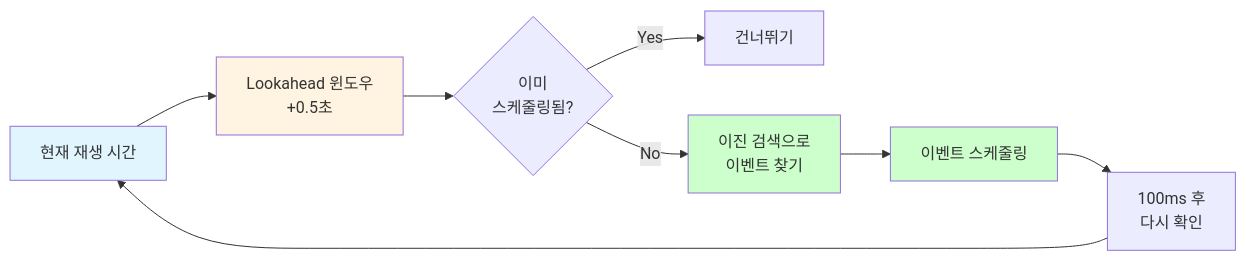
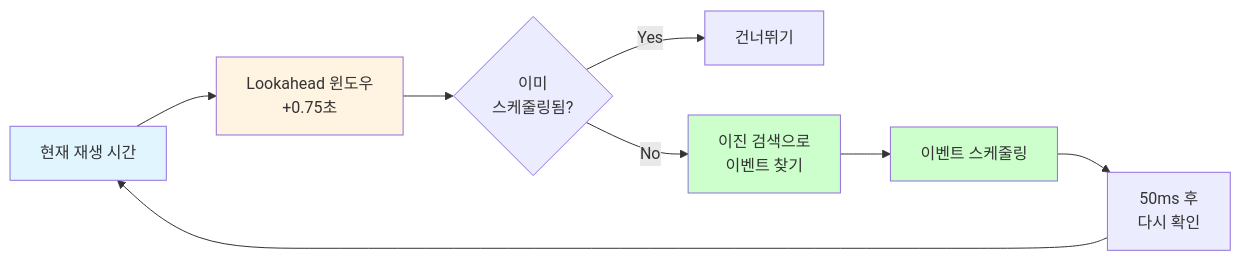
One commit to JaceDashS/online-sequencer changed the second of 3 diagrams in docs/architecture/optimization-design/implementation-level/lookahead-scheduling.ko.md. Above: the diagram before and after it, drawn with Mermaid. The commit also changed other lines of this file and 4 other files, not shown here.

````diff
--- a/docs/architecture/optimization-design/implementation-level/lookahead-scheduling.ko.md
+++ b/docs/architecture/optimization-design/implementation-level/lookahead-scheduling.ko.md
@@ -61,15 +61,15 @@
 ```mermaid
 graph LR
-    A[현재 재생 시간] --> B[Lookahead 윈도우<br/>+0.5초]
+    A[현재 재생 시간] --> B[Lookahead 윈도우<br/>+0.75초]
     B --> C{이미<br/>스케줄링됨?}
     C -->|Yes| D[건너뛰기]
     C -->|No| E[이진 검색으로<br/>이벤트 찾기]
     E --> F[이벤트 스케줄링]
-    F --> G[100ms 후<br/>다시 확인]
+    F --> G[50ms 후<br/>다시 확인]
     G --> A
     
     style A fill:#e1f5ff
     style B fill:#fff4e1
     style E fill:#ccffcc
     style F fill:#ccffcc
 ```
````
